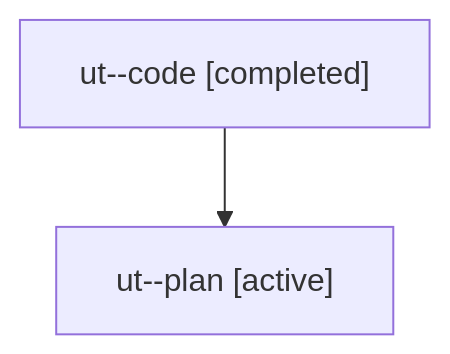
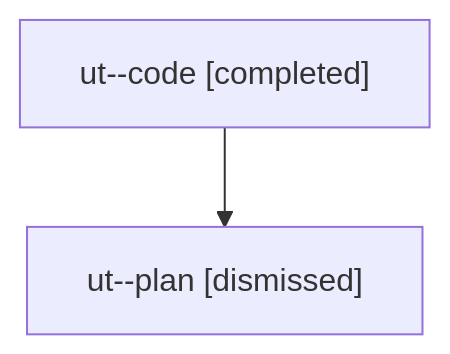
One commit to sase-org/sase--agents changed the diagram in sessions/bbugyi200.athena.ut.md. Above: the diagram before and after it, drawn with Mermaid. The commit also changed other lines of this file and 22 other files, not shown here.

````diff
--- a/sessions/bbugyi200.athena.ut.md
+++ b/sessions/bbugyi200.athena.ut.md
@@ -9,6 +9,6 @@
 ```mermaid
 flowchart TD
   n0["ut--code [completed]"]
-  n1["ut--plan [active]"]
+  n1["ut--plan [dismissed]"]
   n0 --> n1
 ```
````
